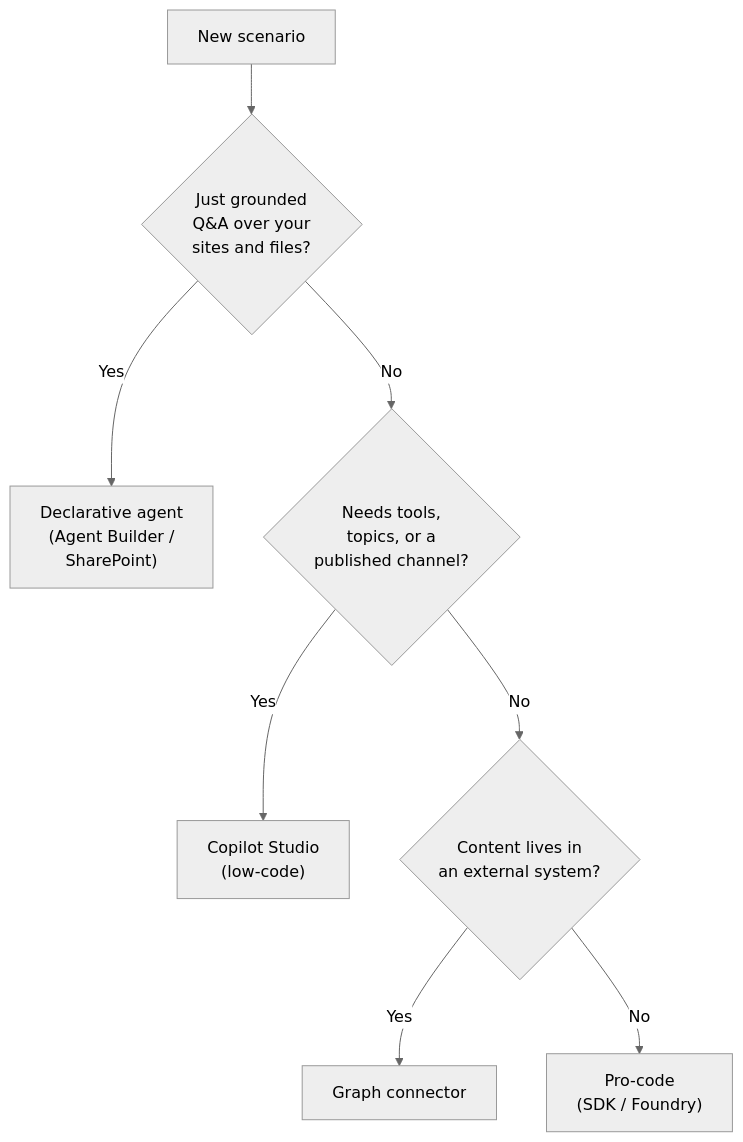
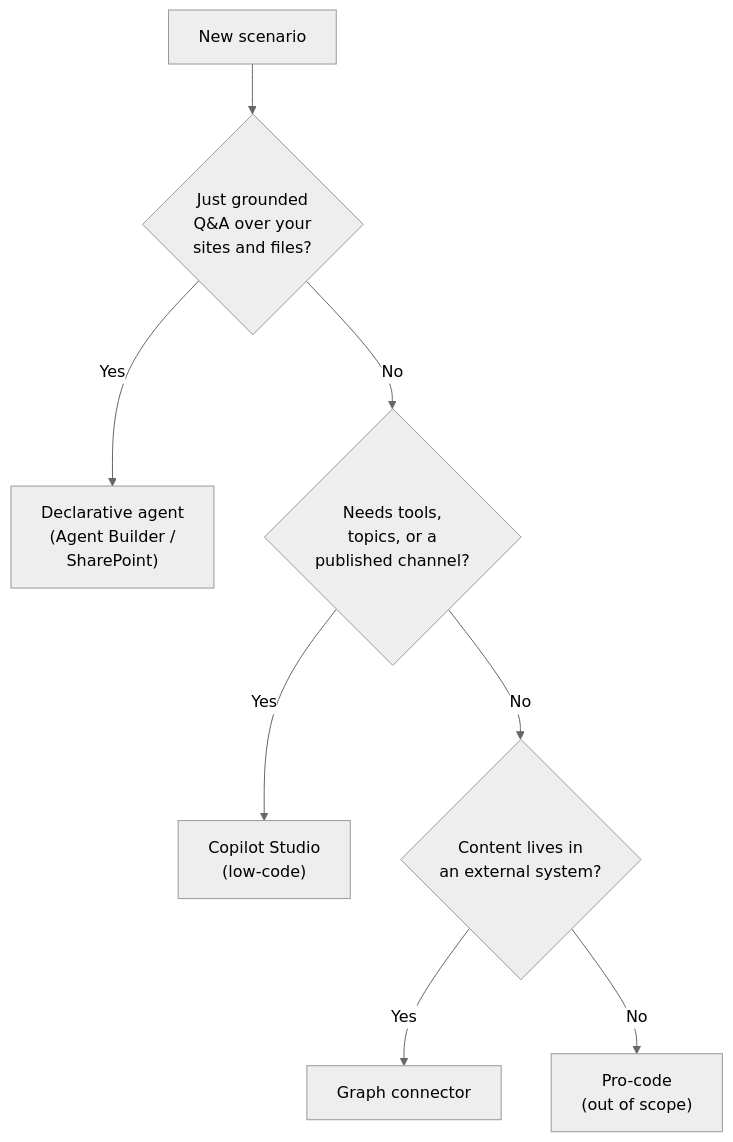
Before and after one commit to alexander-kastil/copilot-studio-agents: the diagram in demos/01-intro/03-extensibility/readme.md, drawn with Mermaid (neutral theme). The commit also changed other lines of this file and 114 other files, not shown here.

````diff
--- a/demos/01-intro/03-extensibility/readme.md
+++ b/demos/01-intro/03-extensibility/readme.md
@@ -37,10 +36,10 @@
 ```mermaid
 flowchart TB
   Start["New scenario"] --> Q1{"Just grounded<br/>Q&A over your<br/>sites and files?"}
   Q1 -->|Yes| Dec["Declarative agent<br/>(Agent Builder /<br/>SharePoint)"]
   Q1 -->|No| Q2{"Needs tools,<br/>topics, or a<br/>published channel?"}
   Q2 -->|Yes| Studio["Copilot Studio<br/>(low-code)"]
   Q2 -->|No| Q3{"Content lives in<br/>an external system?"}
   Q3 -->|Yes| Conn["Graph connector"]
-  Q3 -->|No| Pro["Pro-code<br/>(SDK / Foundry)"]
+  Q3 -->|No| Pro["Pro-code<br/>(out of scope)"]
 ```
````
